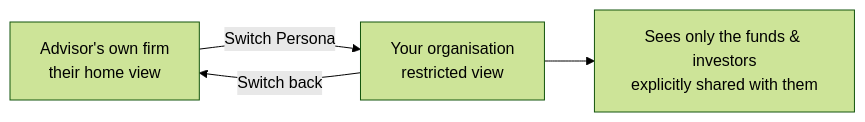
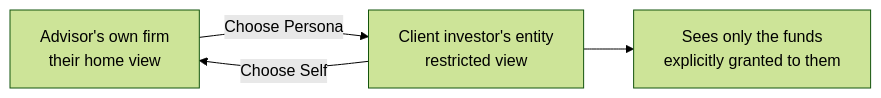
The first of 2 diagrams in docs/user_guides/investor_advisor_user_guide.md (sampadadiwan/IRM_CompanyMain), drawn with Mermaid (forest theme) before and after one commit. The commit also changed other lines of this file and 135 other files, not shown here.

````diff
--- a/docs/user_guides/investor_advisor_user_guide.md
+++ b/docs/user_guides/investor_advisor_user_guide.md
@@ -32,6 +35,6 @@
 ```mermaid
 flowchart LR
-    A[Advisor's own firm<br/>their home view] -->|Switch Persona| B[Your organisation<br/>restricted view]
-    B -->|Switch back| A
-    B --> C[Sees only the funds & investors<br/>explicitly shared with them]
+    A[Advisor's own firm<br/>their home view] -->|Choose Persona| B[Client investor's entity<br/>restricted view]
+    B -->|Choose Self| A
+    B --> C[Sees only the funds<br/>explicitly granted to them]
 ```
````
